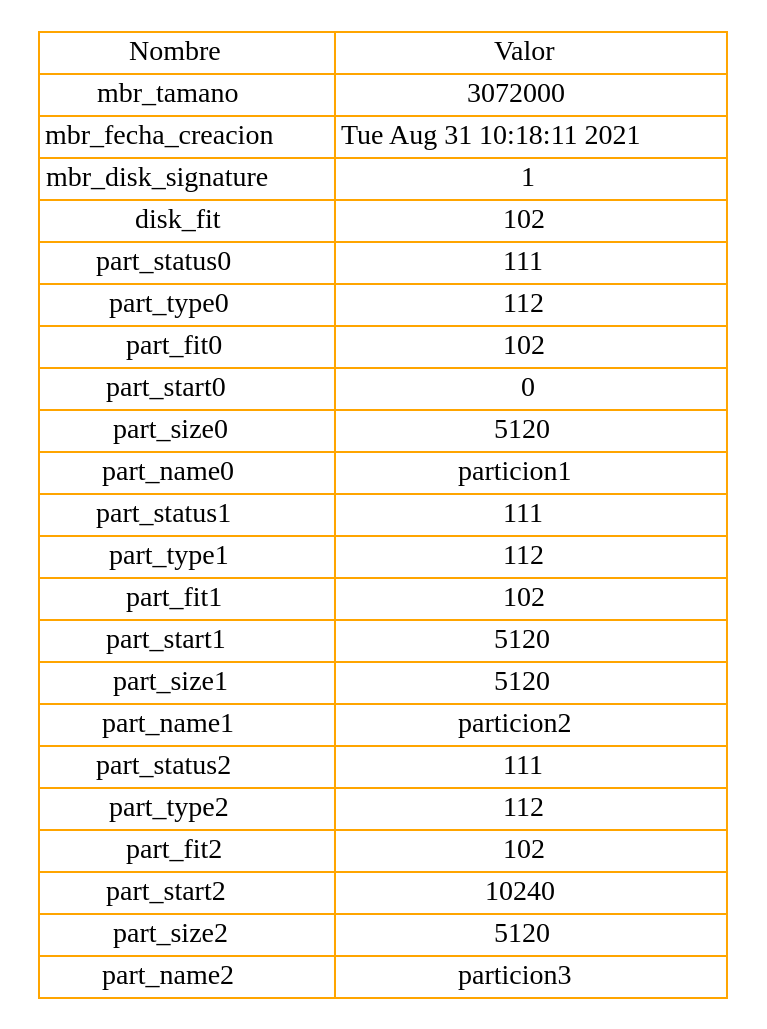
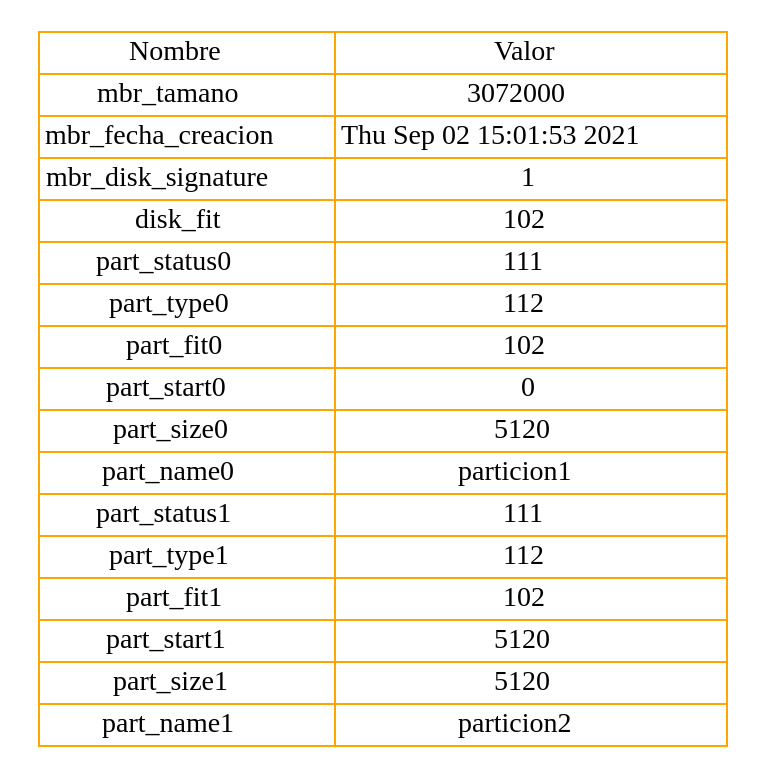
Before and after one commit to erick-alvarado/MIA-P1: the diagram in Main/MBR.dot, drawn with Graphviz. The commit also changed 7 other files, not shown here.

```diff
--- a/Main/MBR.dot
+++ b/Main/MBR.dot
@@ -1,32 +1,26 @@
 digraph{ 
  tbl[ 
  shape=plaintext 
  label=< 
  <table border='0' cellborder='1' color='orange' cellspacing='0'> 
 <tr><td>Nombre</td><td>Valor</td></tr>
 <tr><td>mbr_tamano</td><td>3072000</td></tr>
-<tr><td>mbr_fecha_creacion</td><td>Tue Aug 31 10:18:11 2021</td></tr>
+<tr><td>mbr_fecha_creacion</td><td>Thu Sep 02 15:01:53 2021</td></tr>
 <tr><td>mbr_disk_signature</td><td>1</td></tr>
 <tr><td>disk_fit</td><td>102</td></tr>
 <tr><td>part_status0</td><td>111</td></tr>
 <tr><td>part_type0</td><td>112</td></tr>
 <tr><td>part_fit0</td><td>102</td></tr>
 <tr><td>part_start0</td><td>0</td></tr>
 <tr><td>part_size0</td><td>5120</td></tr>
 <tr><td>part_name0</td><td>particion1</td></tr>
 <tr><td>part_status1</td><td>111</td></tr>
 <tr><td>part_type1</td><td>112</td></tr>
 <tr><td>part_fit1</td><td>102</td></tr>
 <tr><td>part_start1</td><td>5120</td></tr>
 <tr><td>part_size1</td><td>5120</td></tr>
 <tr><td>part_name1</td><td>particion2</td></tr>
-<tr><td>part_status2</td><td>111</td></tr>
-<tr><td>part_type2</td><td>112</td></tr>
-<tr><td>part_fit2</td><td>102</td></tr>
-<tr><td>part_start2</td><td>10240</td></tr>
-<tr><td>part_size2</td><td>5120</td></tr>
-<tr><td>part_name2</td><td>particion3</td></tr>
 
  </table> 
  >]; 
  }
```
